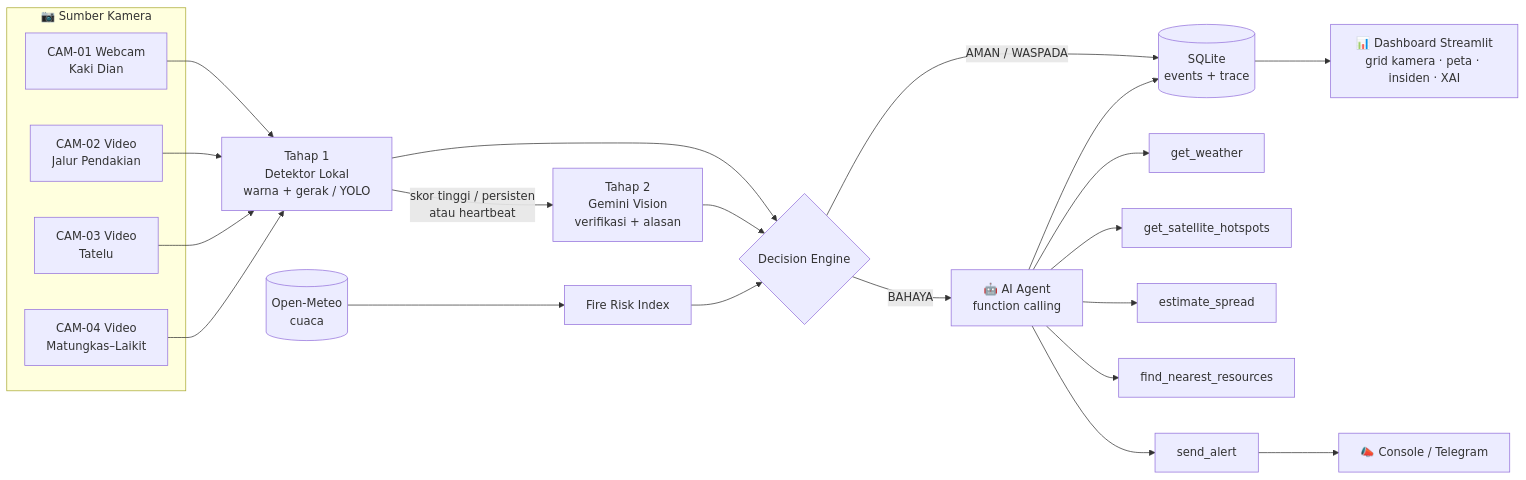
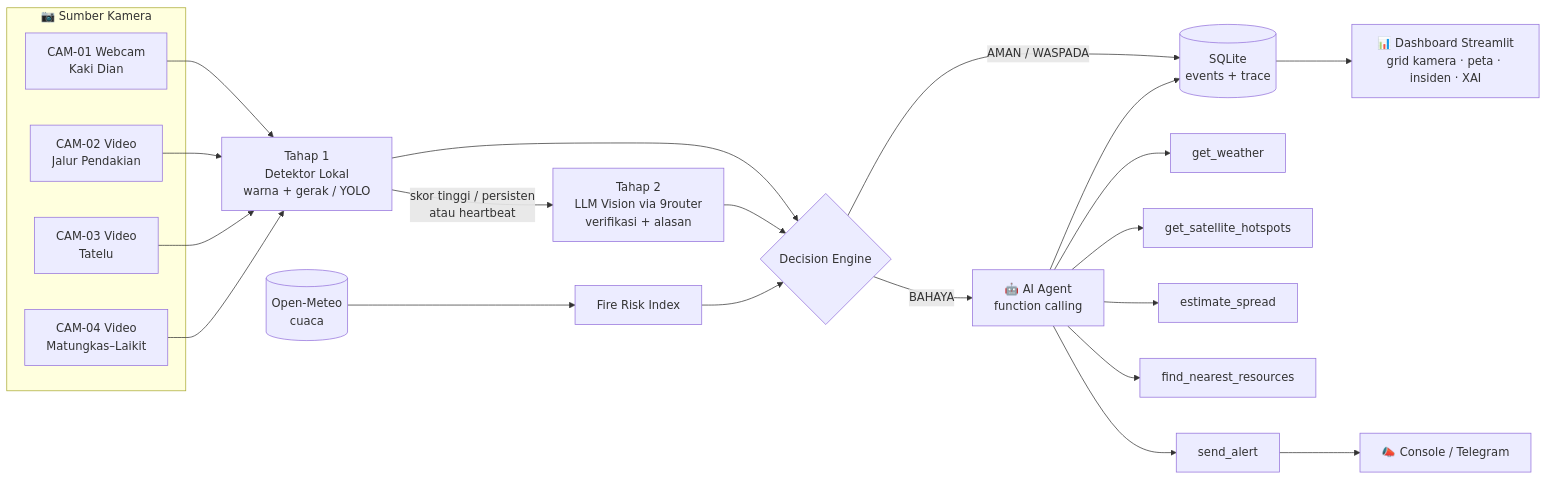
The diagram in README.md (tmthyjw23/MataKlabat), drawn with Mermaid before and after one commit. The commit also changed other lines of this file and 15 other files, not shown here.

First line of the commit message:
feat(vision_llm): vision verifier via 9router (OpenAI-compatible) (T5)

````diff
--- a/README.md
+++ b/README.md
@@ -46,26 +46,26 @@
 ```mermaid
 flowchart LR
     subgraph Kamera["📷 Sumber Kamera"]
         C1[CAM-01 Webcam<br/>Kaki Dian]
         C2[CAM-02 Video<br/>Jalur Pendakian]
         C3[CAM-03 Video<br/>Tatelu]
         C4[CAM-04 Video<br/>Matungkas–Laikit]
     end
 
     C1 & C2 & C3 & C4 --> S1[Tahap 1<br/>Detektor Lokal<br/>warna + gerak / YOLO]
-    S1 -- skor tinggi / persisten<br/>atau heartbeat --> S2[Tahap 2<br/>Gemini Vision<br/>verifikasi + alasan]
+    S1 -- skor tinggi / persisten<br/>atau heartbeat --> S2[Tahap 2<br/>LLM Vision via 9router<br/>verifikasi + alasan]
     W[(Open-Meteo<br/>cuaca)] --> R[Fire Risk Index]
     S1 --> D{Decision Engine}
     S2 --> D
     R --> D
     D -- AMAN / WASPADA --> DB[(SQLite<br/>events + trace)]
     D -- BAHAYA --> AG[🤖 AI Agent<br/>function calling]
     AG --> T1[get_weather]
     AG --> T2[get_satellite_hotspots]
     AG --> T3[estimate_spread]
     AG --> T4[find_nearest_resources]
     AG --> T5[send_alert]
     AG --> DB
     T5 --> N[📣 Console / Telegram]
     DB --> UI[📊 Dashboard Streamlit<br/>grid kamera · peta · insiden · XAI]
 ```
````
